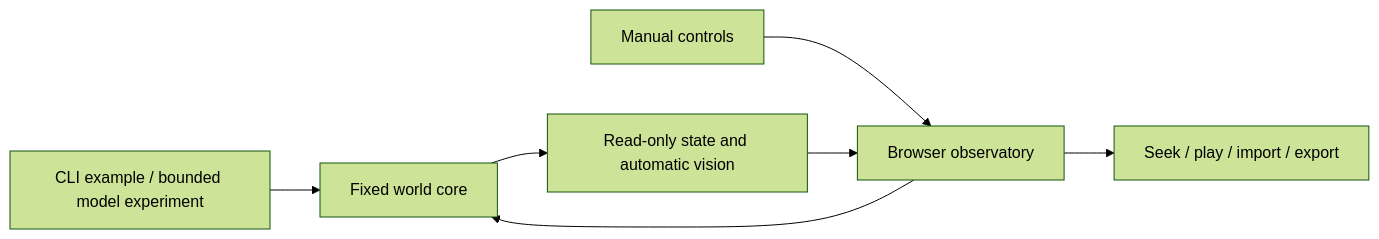
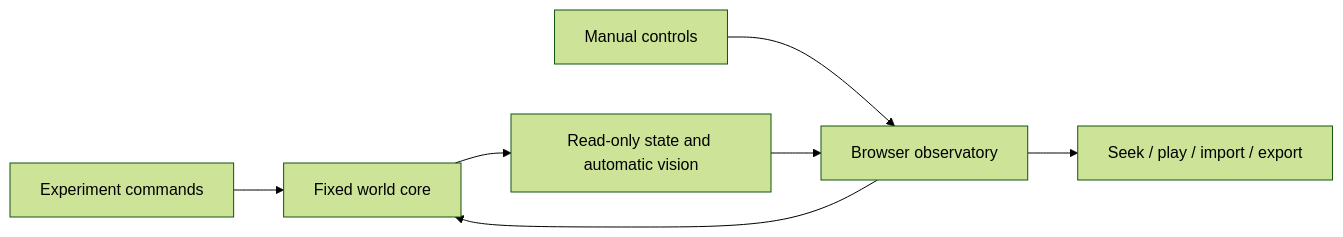
One commit to YuxiangLiu-lyx/self_evolving_world changed the diagram in docs/PROJECT_OVERVIEW.md. Above: the diagram before and after it, drawn with Mermaid (forest theme). The commit also changed other lines of this file and 126 other files, not shown here.

````diff
--- a/docs/PROJECT_OVERVIEW.md
+++ b/docs/PROJECT_OVERVIEW.md
@@ -55,9 +55,9 @@
 ```mermaid
 flowchart LR
-    CLI[CLI example / bounded model experiment] --> Core[Fixed world core]
+    CLI[Experiment commands] --> Core[Fixed world core]
     Human[Manual controls] --> Viewer[Browser observatory]
     Viewer --> Core
     Core --> Snapshots[Read-only state and automatic vision]
     Snapshots --> Viewer
     Viewer --> Replay[Seek / play / import / export]
 ```
````
